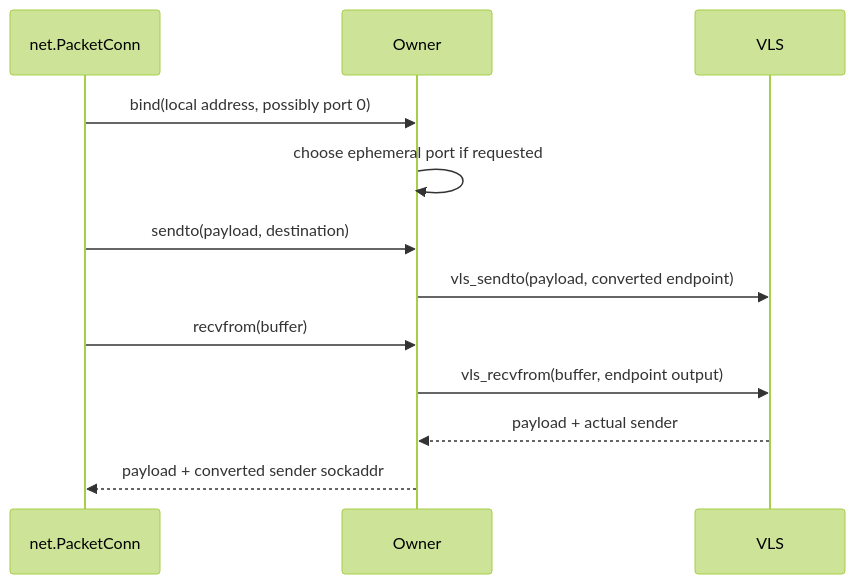
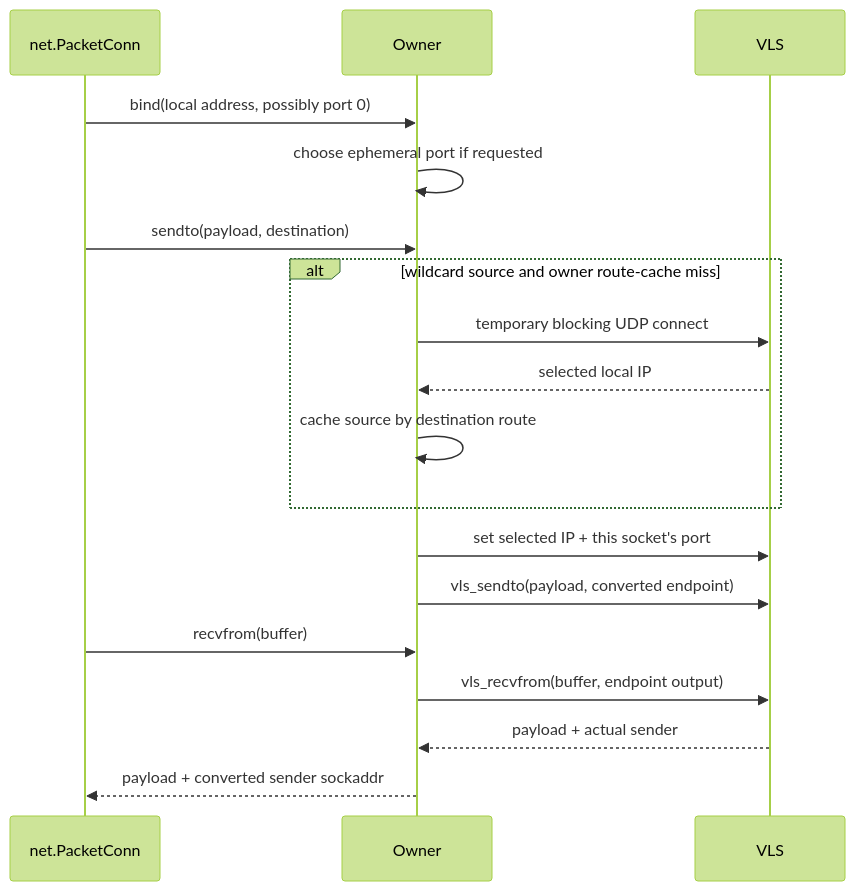
One commit to aritrbas/vclgo changed diagram 12 of 19 in docs/architecture_diagrams.md. Above: the diagram before and after it, drawn with Mermaid (forest theme). The commit also changed other lines of this file and 30 other files, not shown here.

```diff
--- a/docs/architecture_diagrams.md
+++ b/docs/architecture_diagrams.md
@@ -595,15 +611,21 @@
 ~~~mermaid
 sequenceDiagram
     participant G as net.PacketConn
     participant O as Owner
     participant V as VLS
 
     G->>O: bind(local address, possibly port 0)
     O->>O: choose ephemeral port if requested
     G->>O: sendto(payload, destination)
+    alt wildcard source and owner route-cache miss
+        O->>V: temporary blocking UDP connect
+        V-->>O: selected local IP
+        O->>O: cache source by destination route
+    end
+    O->>V: set selected IP + this socket's port
     O->>V: vls_sendto(payload, converted endpoint)
     G->>O: recvfrom(buffer)
     O->>V: vls_recvfrom(buffer, endpoint output)
     V-->>O: payload + actual sender
     O-->>G: payload + converted sender sockaddr
 ~~~
```
